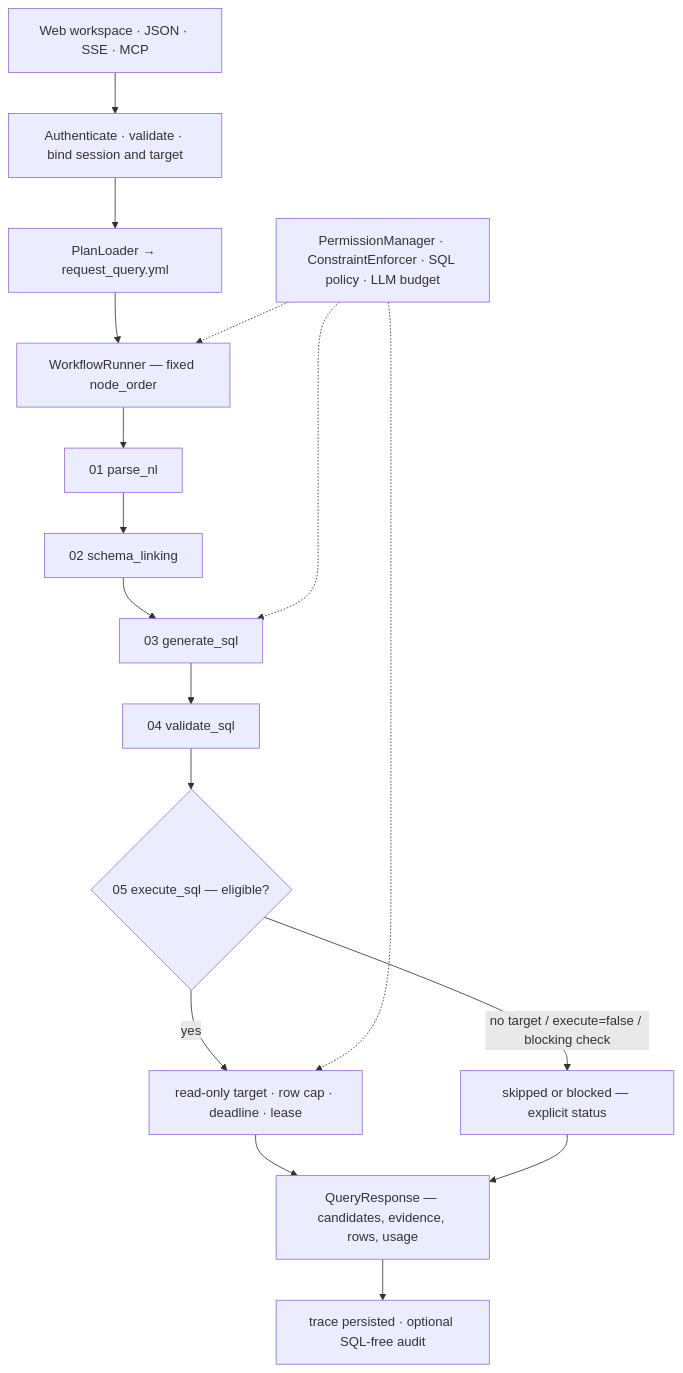
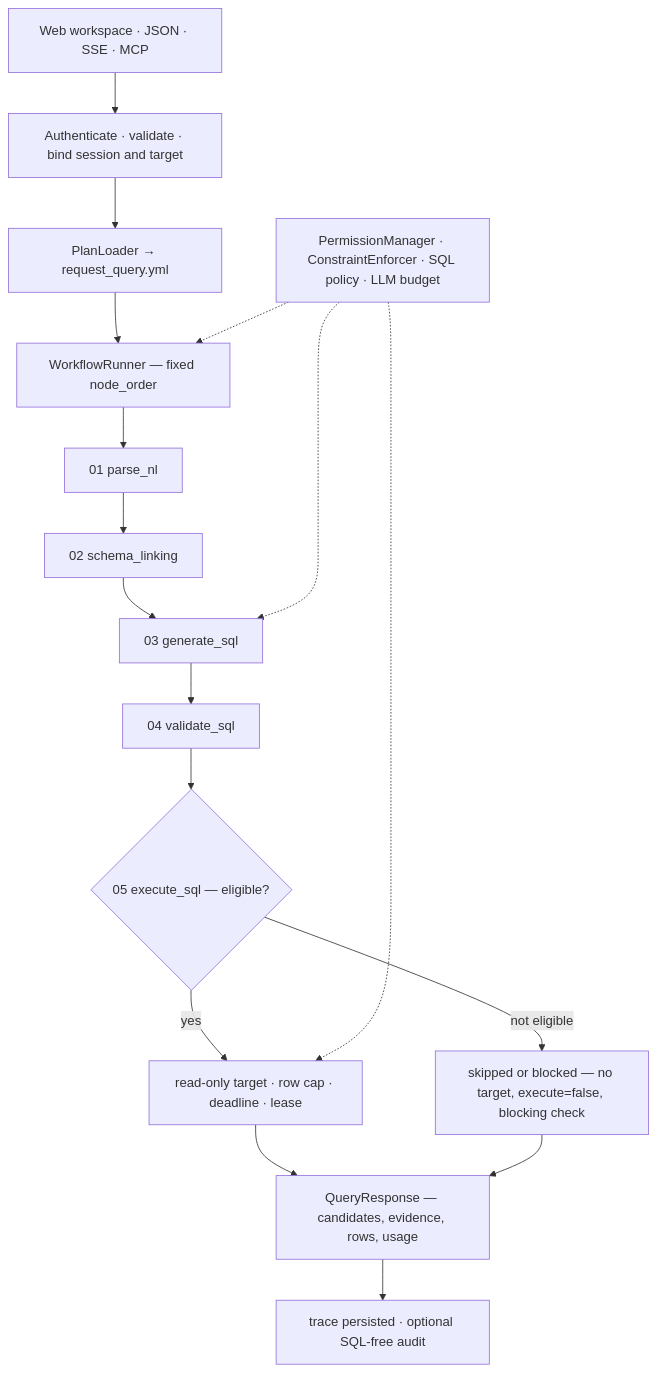
One commit to Qorq-byte/Data_engineer changed the diagram in README.md. Above: the diagram before and after it, drawn with Mermaid. The commit also changed 1 other file, not shown here.

Commit message:
docs(readme): keep Mermaid edge labels literal, move detail into the node

````diff
--- a/README.md
+++ b/README.md
@@ -62,19 +62,19 @@
 ```mermaid
 flowchart TD
     S["Web workspace · JSON · SSE · MCP"] --> A["Authenticate · validate · bind session and target"]
     A --> P["PlanLoader → request_query.yml"]
     P --> R["WorkflowRunner — fixed node_order"]
     R --> N1["01 parse_nl"]
     N1 --> N2["02 schema_linking"]
     N2 --> N3["03 generate_sql"]
     N3 --> N4["04 validate_sql"]
     N4 --> E{"05 execute_sql — eligible?"}
     E -->|yes| X["read-only target · row cap · deadline · lease"]
-    E -->|"no target / execute=false / blocking check"| K["skipped or blocked — explicit status"]
+    E -->|"not eligible"| K["skipped or blocked — no target, execute=false, blocking check"]
     X --> O["QueryResponse — candidates, evidence, rows, usage"]
     K --> O
     O --> T["trace persisted · optional SQL-free audit"]
     G["PermissionManager · ConstraintEnforcer · SQL policy · LLM budget"] -.-> R
     G -.-> N3
     G -.-> X
 ```
````
